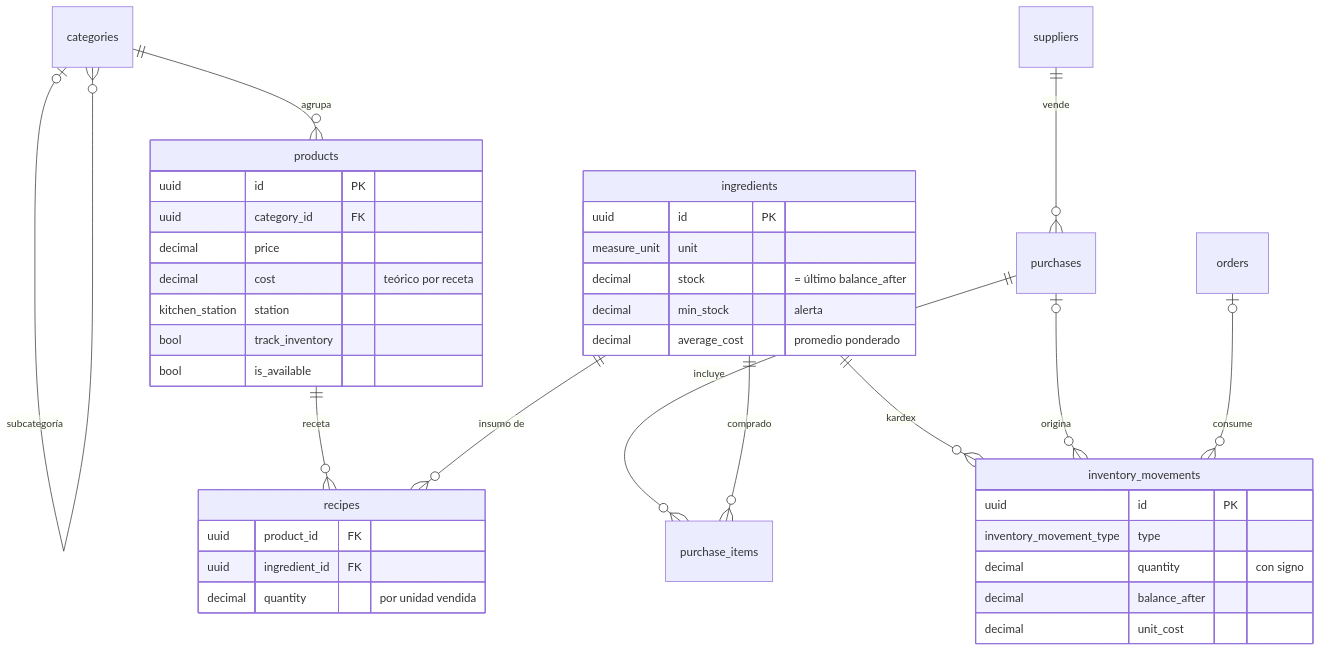
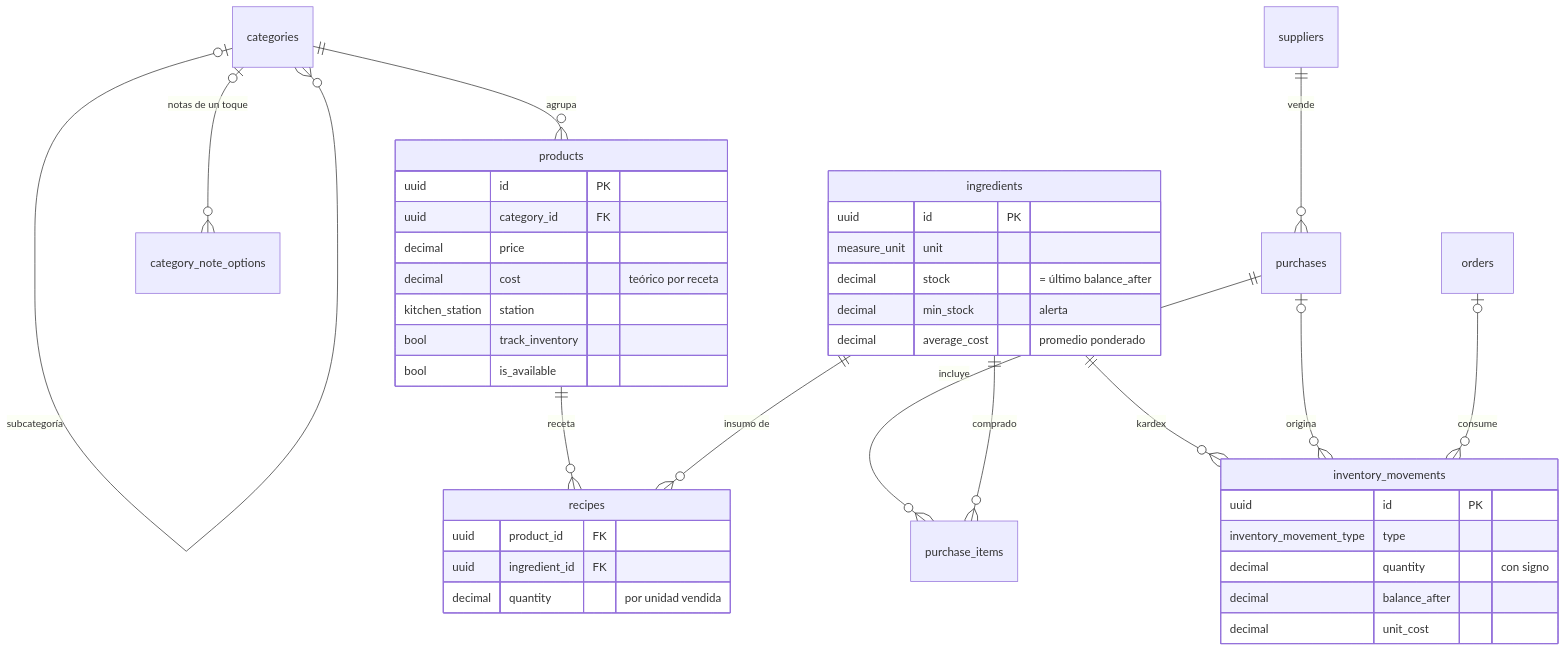
One commit to dante312w/Karbon changed the third of 4 diagrams in docs/DATABASE.md. Above: the diagram before and after it, drawn with Mermaid. The commit also changed other lines of this file and 35 other files, not shown here.

````diff
--- a/docs/DATABASE.md
+++ b/docs/DATABASE.md
@@ -139,41 +139,42 @@
 ```mermaid
 erDiagram
   categories |o--o{ categories : "subcategoría"
   categories ||--o{ products : "agrupa"
+  categories |o--o{ category_note_options : "notas de un toque"
   products ||--o{ recipes : "receta"
   ingredients ||--o{ recipes : "insumo de"
   ingredients ||--o{ inventory_movements : "kardex"
   suppliers ||--o{ purchases : "vende"
   purchases ||--o{ purchase_items : "incluye"
   ingredients ||--o{ purchase_items : "comprado"
   purchases |o--o{ inventory_movements : "origina"
   orders |o--o{ inventory_movements : "consume"
   products {
     uuid id PK
     uuid category_id FK
     decimal price
     decimal cost "teórico por receta"
     kitchen_station station
     bool track_inventory
     bool is_available
   }
   ingredients {
     uuid id PK
     measure_unit unit
     decimal stock "= último balance_after"
     decimal min_stock "alerta"
     decimal average_cost "promedio ponderado"
   }
   recipes {
     uuid product_id FK
     uuid ingredient_id FK
     decimal quantity "por unidad vendida"
   }
   inventory_movements {
     uuid id PK
     inventory_movement_type type
     decimal quantity "con signo"
     decimal balance_after
     decimal unit_cost
   }
 ```
````
